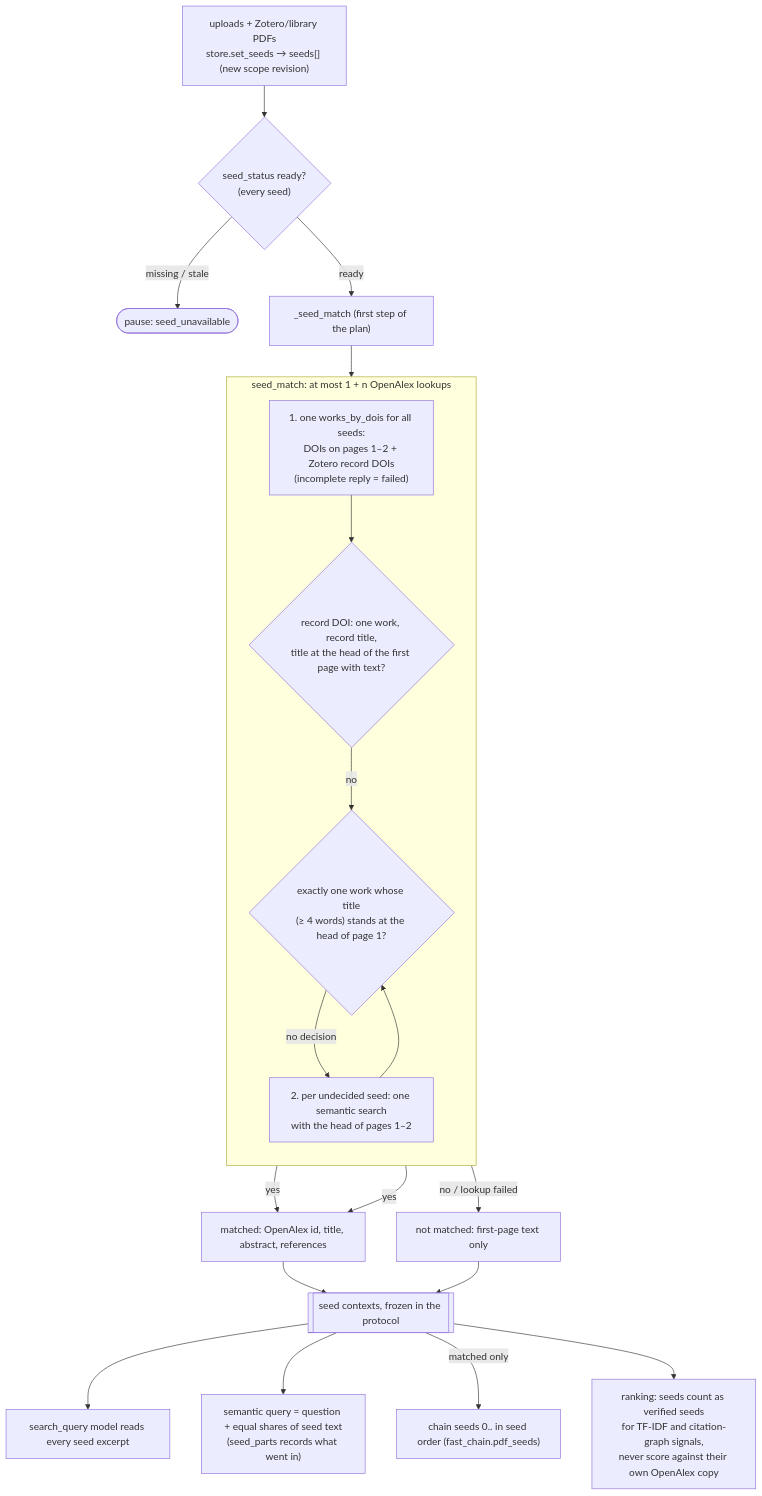
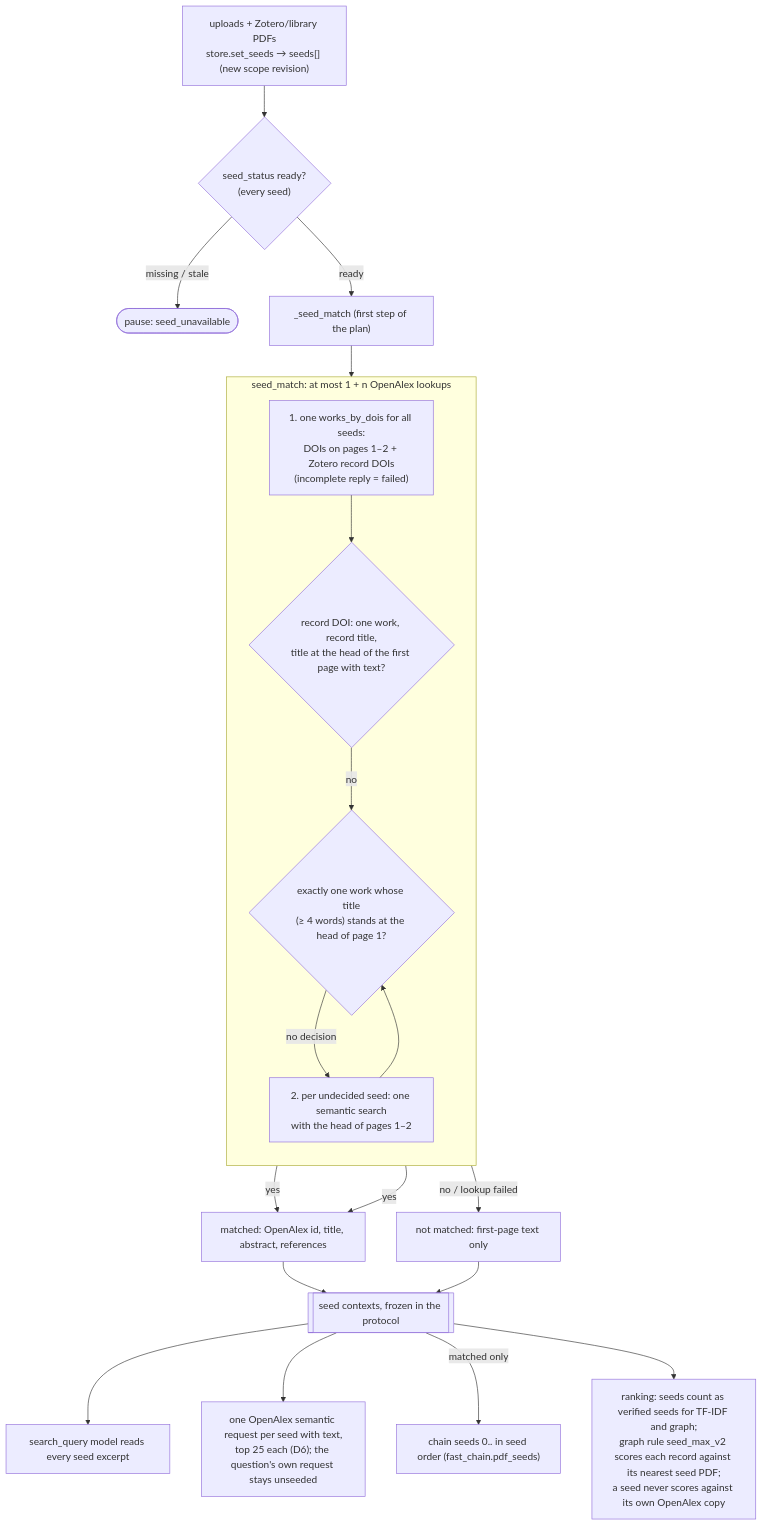
One commit to huguryildiz/DEIXIS changed the third of 8 diagrams in docs/search-architecture.md. Above: the diagram before and after it, drawn with Mermaid. The commit also changed other lines of this file, not shown here.

Commit message:
docs: search architecture brought up to 8cbedaea (reranker, ranking replay, joint signal, seed semantic requests, follow-up, Screen more, snowball, citation map)

````diff
--- a/docs/search-architecture.md
+++ b/docs/search-architecture.md
@@ -57,30 +86,30 @@
 ```mermaid
 flowchart TD
     PDF["uploads + Zotero/library PDFs<br/>store.set_seeds → seeds[] (new scope revision)"] --> ST{"seed_status ready?<br/>(every seed)"}
     ST -->|"missing / stale"| SU(["pause: seed_unavailable"])
     ST -->|"ready"| M["_seed_match (first step of the plan)"]
 
     subgraph M2["seed_match: at most 1 + n OpenAlex lookups"]
         direction TB
         DOI["1. one works_by_dois for all seeds:<br/>DOIs on pages 1–2 + Zotero record DOIs<br/>(incomplete reply = failed)"]
         REC{"record DOI: one work, record title,<br/>title at the head of the first page with text?"}
         RULE{"exactly one work whose title<br/>(≥ 4 words) stands at the head of page 1?"}
         SEMQ["2. per undecided seed: one semantic search<br/>with the head of pages 1–2"]
         DOI --> REC
         REC -->|"no"| RULE
         RULE -->|"no decision"| SEMQ
         SEMQ --> RULE
     end
     M --> M2
     REC -->|"yes"| MATCH["matched: OpenAlex id, title, abstract, references"]
     RULE -->|"yes"| MATCH
     RULE -->|"no / lookup failed"| NOM["not matched: first-page text only"]
 
     MATCH --> CTX[["seed contexts, frozen in the protocol"]]
     NOM --> CTX
 
     CTX --> U1["search_query model reads every seed excerpt"]
-    CTX --> U2["semantic query = question + equal shares of seed text<br/>(seed_parts records what went in)"]
+    CTX --> U2["one OpenAlex semantic request per seed with text,<br/>top 25 each (D6); the question's own request stays unseeded"]
     CTX -->|"matched only"| U3["chain seeds 0.. in seed order (fast_chain.pdf_seeds)"]
-    CTX --> U4["ranking: seeds count as verified seeds<br/>for TF-IDF and citation-graph signals,<br/>never score against their own OpenAlex copy"]
+    CTX --> U4["ranking: seeds count as verified seeds for TF-IDF and graph;<br/>graph rule seed_max_v2 scores each record against its nearest seed PDF;<br/>a seed never scores against its own OpenAlex copy"]
 ```
````
